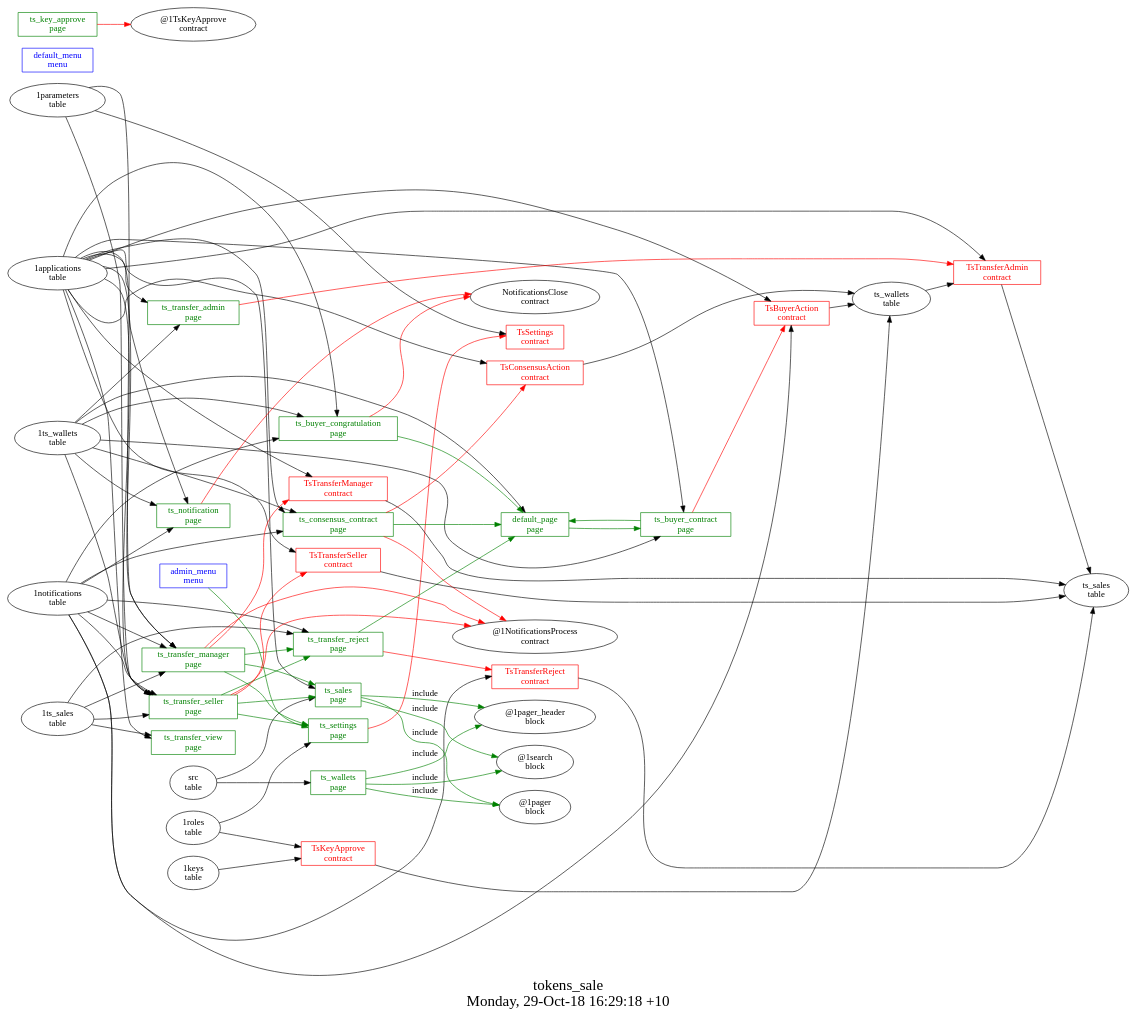
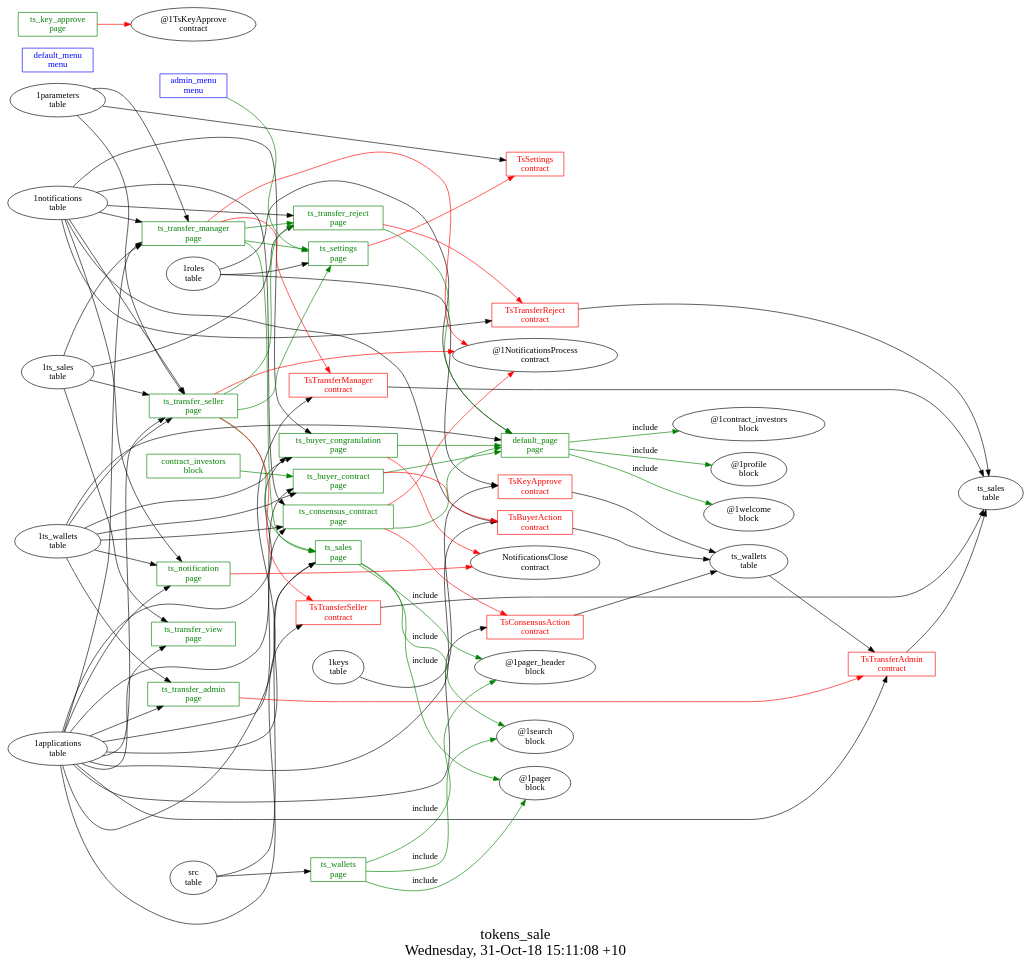
Before and after one commit to AplaProject/apps: the diagram in other/tokens_sale/struct.dot, drawn with Graphviz. The commit also changed 25 other files, not shown here.

Commit message:
Fixed welcome page

```diff
--- a/other/tokens_sale/struct.dot
+++ b/other/tokens_sale/struct.dot
@@ -1,114 +1,119 @@
 digraph G {
 fontsize="24";
-label="tokens_sale\nMonday, 29-Oct-18 16:29:18 +10";
+label="tokens_sale\nWednesday, 31-Oct-18 15:11:08 +10";
 nojustify=true;
 ordering=out;
 rankdir=LR;
 size="30";
 "admin_menu\nmenu" -> "ts_settings\npage"  [ color=green ]
 "admin_menu\nmenu" [color=blue, fontcolor=blue, group=menus, shape=record];
 "default_menu\nmenu" [color=blue, fontcolor=blue, group=menus, shape=record];
 "1ts_wallets\ntable" -> "default_page\npage"
-"default_page\npage" -> "ts_buyer_contract\npage"  [ color=green ]
+"1roles\ntable" -> "default_page\npage"
+"default_page\npage" -> "@1contract_investors\nblock"  [ color=green, label=include ]
+"default_page\npage" -> "@1profile\nblock"  [ color=green, label=include ]
+"default_page\npage" -> "@1welcome\nblock"  [ color=green, label=include ]
 "default_page\npage" [color=green, fontcolor=green, group=pages, shape=record];
 "ts_buyer_congratulation\npage" -> "NotificationsClose\ncontract"  [ color=red ]
 "1applications\ntable" -> "ts_buyer_congratulation\npage"
 "1notifications\ntable" -> "ts_buyer_congratulation\npage"
 "1ts_wallets\ntable" -> "ts_buyer_congratulation\npage"
 "ts_buyer_congratulation\npage" -> "default_page\npage"  [ color=green ]
 "ts_buyer_congratulation\npage" [color=green, fontcolor=green, group=pages, shape=record];
 "ts_buyer_contract\npage" -> "TsBuyerAction\ncontract"  [ color=red ]
 "1applications\ntable" -> "ts_buyer_contract\npage"
 "1ts_wallets\ntable" -> "ts_buyer_contract\npage"
 "ts_buyer_contract\npage" -> "default_page\npage"  [ color=green ]
 "ts_buyer_contract\npage" [color=green, fontcolor=green, group=pages, shape=record];
 "ts_consensus_contract\npage" -> "TsConsensusAction\ncontract"  [ color=red ]
 "ts_consensus_contract\npage" -> "@1NotificationsProcess\ncontract"  [ color=red ]
 "1applications\ntable" -> "ts_consensus_contract\npage"
 "1notifications\ntable" -> "ts_consensus_contract\npage"
 "1ts_wallets\ntable" -> "ts_consensus_contract\npage"
 "ts_consensus_contract\npage" -> "default_page\npage"  [ color=green ]
 "ts_consensus_contract\npage" [color=green, fontcolor=green, group=pages, shape=record];
 "ts_key_approve\npage" -> "@1TsKeyApprove\ncontract"  [ color=red ]
 "ts_key_approve\npage" [color=green, fontcolor=green, group=pages, shape=record];
 "ts_notification\npage" -> "NotificationsClose\ncontract"  [ color=red ]
 "1applications\ntable" -> "ts_notification\npage"
 "1notifications\ntable" -> "ts_notification\npage"
 "1ts_wallets\ntable" -> "ts_notification\npage"
 "ts_notification\npage" [color=green, fontcolor=green, group=pages, shape=record];
 "1applications\ntable" -> "ts_sales\npage"
 "src\ntable" -> "ts_sales\npage"
 "ts_sales\npage" -> "@1pager_header\nblock"  [ color=green, label=include ]
 "ts_sales\npage" -> "@1search\nblock"  [ color=green, label=include ]
 "ts_sales\npage" -> "@1pager\nblock"  [ color=green, label=include ]
 "ts_sales\npage" [color=green, fontcolor=green, group=pages, shape=record];
 "ts_settings\npage" -> "TsSettings\ncontract"  [ color=red ]
 "1roles\ntable" -> "ts_settings\npage"
 "ts_settings\npage" [color=green, fontcolor=green, group=pages, shape=record];
 "ts_transfer_admin\npage" -> "TsTransferAdmin\ncontract"  [ color=red ]
 "1applications\ntable" -> "ts_transfer_admin\npage"
 "1ts_wallets\ntable" -> "ts_transfer_admin\npage"
 "ts_transfer_admin\npage" [color=green, fontcolor=green, group=pages, shape=record];
 "ts_transfer_manager\npage" -> "TsTransferManager\ncontract"  [ color=red ]
 "ts_transfer_manager\npage" -> "@1NotificationsProcess\ncontract"  [ color=red ]
 "1applications\ntable" -> "ts_transfer_manager\npage"
 "1notifications\ntable" -> "ts_transfer_manager\npage"
 "1ts_sales\ntable" -> "ts_transfer_manager\npage"
 "1parameters\ntable" -> "ts_transfer_manager\npage"
 "ts_transfer_manager\npage" -> "ts_transfer_reject\npage"  [ color=green ]
 "ts_transfer_manager\npage" -> "ts_sales\npage"  [ color=green ]
 "ts_transfer_manager\npage" -> "ts_settings\npage"  [ color=green ]
 "ts_transfer_manager\npage" [color=green, fontcolor=green, group=pages, shape=record];
 "ts_transfer_reject\npage" -> "TsTransferReject\ncontract"  [ color=red ]
 "1notifications\ntable" -> "ts_transfer_reject\npage"
 "1ts_sales\ntable" -> "ts_transfer_reject\npage"
 "ts_transfer_reject\npage" -> "default_page\npage"  [ color=green ]
 "ts_transfer_reject\npage" [color=green, fontcolor=green, group=pages, shape=record];
 "ts_transfer_seller\npage" -> "TsTransferSeller\ncontract"  [ color=red ]
 "ts_transfer_seller\npage" -> "@1NotificationsProcess\ncontract"  [ color=red ]
 "1applications\ntable" -> "ts_transfer_seller\npage"
 "1notifications\ntable" -> "ts_transfer_seller\npage"
 "1ts_sales\ntable" -> "ts_transfer_seller\npage"
 "1ts_wallets\ntable" -> "ts_transfer_seller\npage"
 "1parameters\ntable" -> "ts_transfer_seller\npage"
 "ts_transfer_seller\npage" -> "ts_transfer_reject\npage"  [ color=green ]
 "ts_transfer_seller\npage" -> "ts_sales\npage"  [ color=green ]
 "ts_transfer_seller\npage" -> "ts_settings\npage"  [ color=green ]
 "ts_transfer_seller\npage" [color=green, fontcolor=green, group=pages, shape=record];
 "1applications\ntable" -> "ts_transfer_view\npage"
 "1ts_sales\ntable" -> "ts_transfer_view\npage"
 "ts_transfer_view\npage" [color=green, fontcolor=green, group=pages, shape=record];
 "src\ntable" -> "ts_wallets\npage"
 "ts_wallets\npage" -> "@1pager_header\nblock"  [ color=green, label=include ]
 "ts_wallets\npage" -> "@1search\nblock"  [ color=green, label=include ]
 "ts_wallets\npage" -> "@1pager\nblock"  [ color=green, label=include ]
 "ts_wallets\npage" [color=green, fontcolor=green, group=pages, shape=record];
+"contract_investors\nblock" -> "ts_buyer_contract\npage"  [ color=green ]
+"contract_investors\nblock" [color=green, fontcolor=green, group=blocks, shape=record];
 "TsBuyerAction\ncontract" -> "ts_wallets\ntable"  [ color="" ]
 "1applications\ntable" -> "TsBuyerAction\ncontract"
 "1notifications\ntable" -> "TsBuyerAction\ncontract"
 "TsBuyerAction\ncontract" [color=red, fontcolor=red, group=contracts, shape=record];
 "TsConsensusAction\ncontract" -> "ts_wallets\ntable"  [ color="" ]
 "1applications\ntable" -> "TsConsensusAction\ncontract"
 "TsConsensusAction\ncontract" [color=red, fontcolor=red, group=contracts, shape=record];
 "TsKeyApprove\ncontract" -> "ts_wallets\ntable"  [ color="" ]
 "1keys\ntable" -> "TsKeyApprove\ncontract"
 "1roles\ntable" -> "TsKeyApprove\ncontract"
 "TsKeyApprove\ncontract" [color=red, fontcolor=red, group=contracts, shape=record];
 "1parameters\ntable" -> "TsSettings\ncontract"
 "TsSettings\ncontract" [color=red, fontcolor=red, group=contracts, shape=record];
 "TsTransferAdmin\ncontract" -> "ts_sales\ntable"  [ color="" ]
 "1applications\ntable" -> "TsTransferAdmin\ncontract"
 "ts_wallets\ntable" -> "TsTransferAdmin\ncontract"
 "TsTransferAdmin\ncontract" [color=red, fontcolor=red, group=contracts, shape=record];
 "TsTransferManager\ncontract" -> "ts_sales\ntable"  [ color="" ]
 "1applications\ntable" -> "TsTransferManager\ncontract"
 "TsTransferManager\ncontract" [color=red, fontcolor=red, group=contracts, shape=record];
 "TsTransferReject\ncontract" -> "ts_sales\ntable"  [ color="" ]
 "1notifications\ntable" -> "TsTransferReject\ncontract"
 "TsTransferReject\ncontract" [color=red, fontcolor=red, group=contracts, shape=record];
 "TsTransferSeller\ncontract" -> "ts_sales\ntable"  [ color="" ]
 "1applications\ntable" -> "TsTransferSeller\ncontract"
 "TsTransferSeller\ncontract" [color=red, fontcolor=red, group=contracts, shape=record];
 "ts_sales\ntable" [color="", fontcolor="", group=tables, shape=""];
 "ts_wallets\ntable" [color="", fontcolor="", group=tables, shape=""];
 }
```
